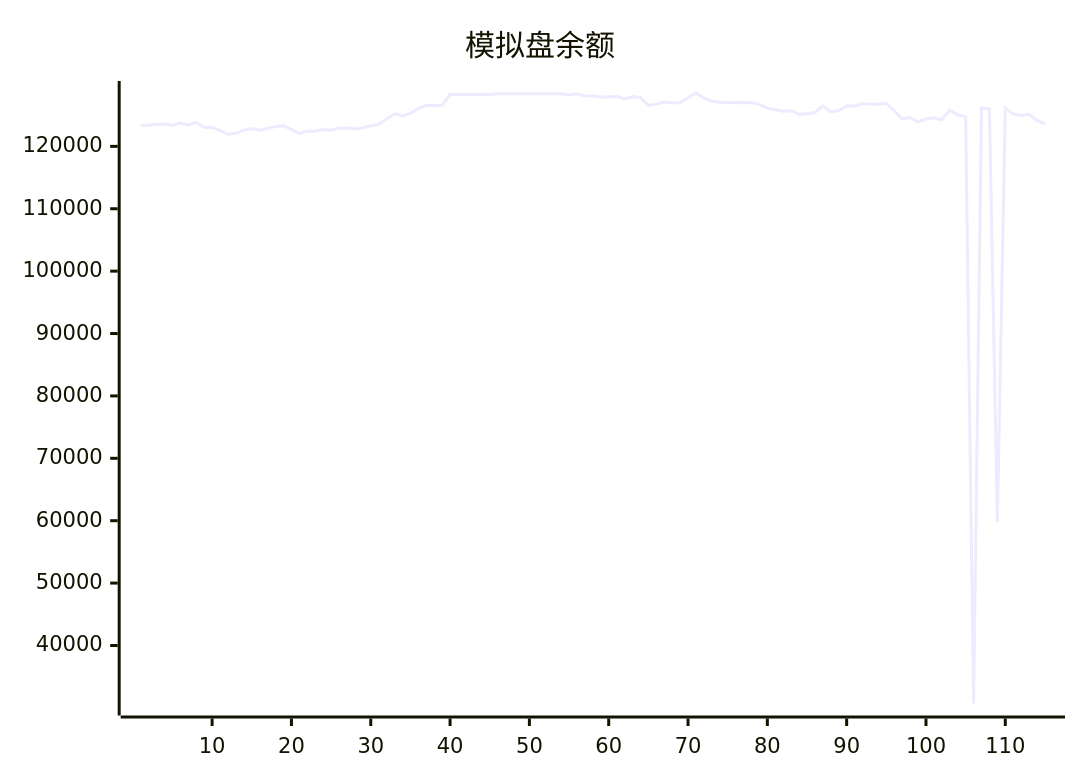
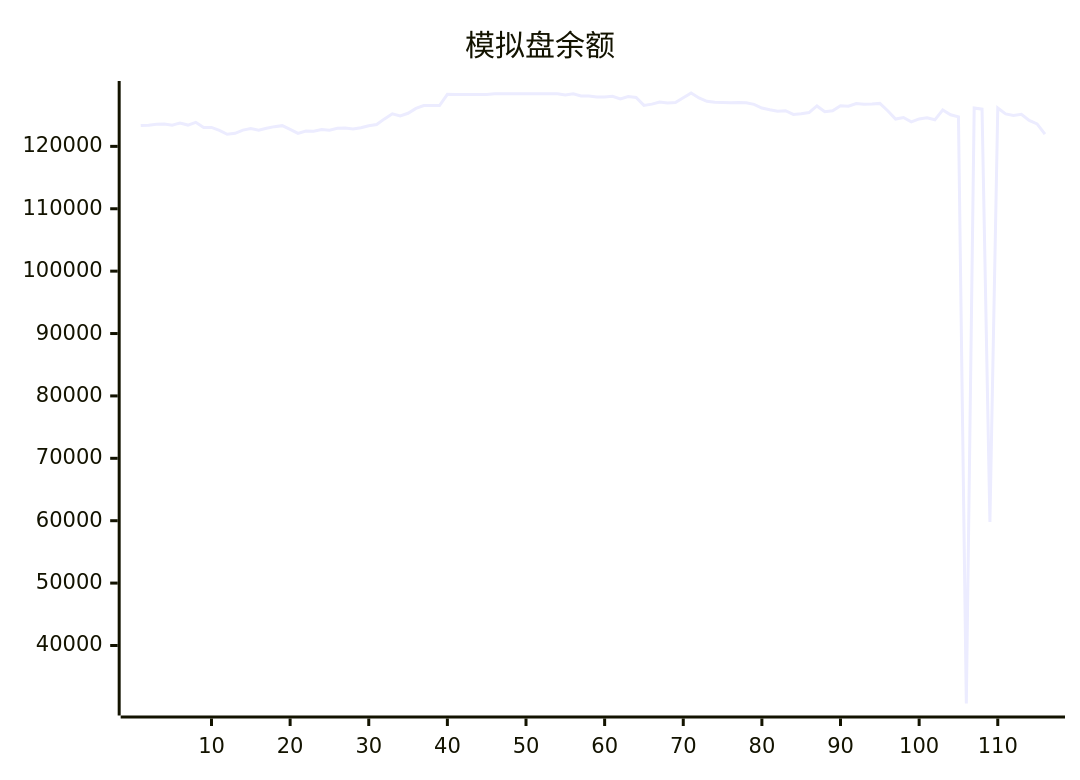
The diagram in README.md (aahl/ai-trading), drawn with Mermaid before and after one commit. The commit also changed other lines of this file and 1 other file, not shown here.

````diff
--- a/README.md
+++ b/README.md
@@ -5,5 +5,5 @@
 ```mermaid
 xychart
     title "模拟盘余额"
-    line [123338,123402,123530,123592,123378,123745,123413,123853,123009,123040,122557,121938,122095,122599,122856,122597,122898,123160,123319,122719,122087,122454,122416,122685,122592,122907,122961,122776,122981,123295,123507,124403,125224,124894,125303,126088,126544,126534,126549,128335,128318,128318,128318,128318,128318,128424,128424,128424,128424,128424,128424,128424,128424,128424,128247,128412,128062,128087,127917,127901,128026,127611,128000,127850,126572,126770,127100,126971,127029,127783,128554,127765,127224,127064,127044,127009,127025,127004,126738,126152,125871,125635,125707,125117,125217,125420,126480,125545,125715,126511,126424,126856,126764,126788,126890,125710,124381,124632,123936,124402,124574,124256,125833,125070,124739,30700,126154,125966,59800,126145,125213,124943,125143,124157,123604]
+    line [123338,123402,123530,123592,123378,123745,123413,123853,123009,123040,122557,121938,122095,122599,122856,122597,122898,123160,123319,122719,122087,122454,122416,122685,122592,122907,122961,122776,122981,123295,123507,124403,125224,124894,125303,126088,126544,126534,126549,128335,128318,128318,128318,128318,128318,128424,128424,128424,128424,128424,128424,128424,128424,128424,128247,128412,128062,128087,127917,127901,128026,127611,128000,127850,126572,126770,127100,126971,127029,127783,128554,127765,127224,127064,127044,127009,127025,127004,126738,126152,125871,125635,125707,125117,125217,125420,126480,125545,125715,126511,126424,126856,126764,126788,126890,125710,124381,124632,123936,124402,124574,124256,125833,125070,124739,30700,126154,125966,59800,126145,125213,124943,125143,124157,123604,121959]
 ```
````
